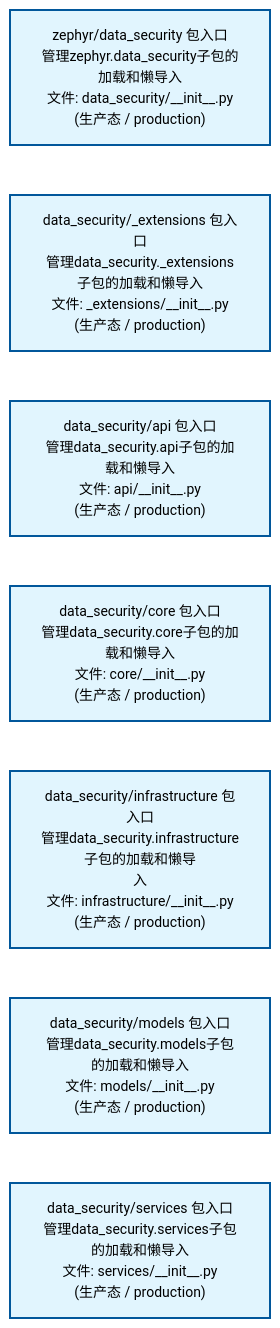
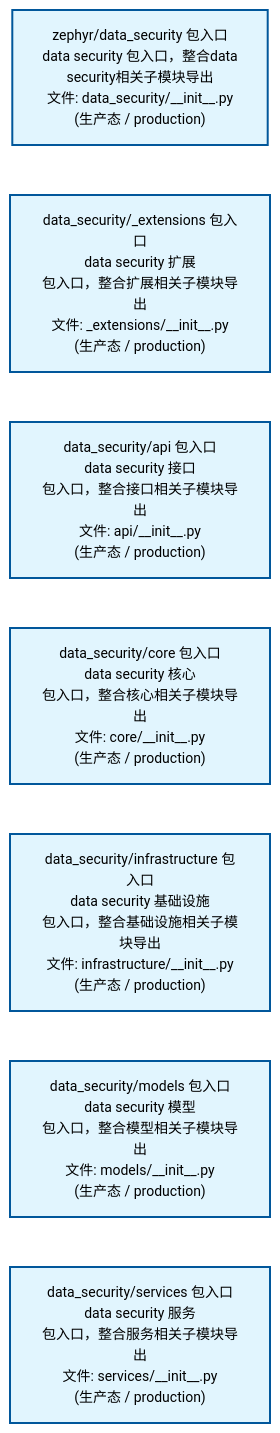
One commit to xuanFelixVan/ZephyrAlpha changed the first of 2 diagrams in docs/02_enterprise_architecture/02_domain_architecture_docs/14_d_data_sec.md. Above: the diagram before and after it, drawn with Mermaid. The commit also changed other lines of this file and 50 other files, not shown here.

````diff
--- a/docs/02_enterprise_architecture/02_domain_architecture_docs/14_d_data_sec.md
+++ b/docs/02_enterprise_architecture/02_domain_architecture_docs/14_d_data_sec.md
@@ -53,22 +53,22 @@
 ```mermaid
 %%{init: {'theme': 'base', 'themeVariables': {'primaryColor': '#eaeaea', 'primaryTextColor': '#333333', 'primaryBorderColor': '#666666', 'lineColor': '#666666', 'secondaryColor': '#eaeaea', 'tertiaryColor': '#eaeaea', 'fontSize': '14px'}}}%%
 flowchart TD
-    src_zephyr_data_security_init_py["zephyr/data_security 包入口<br/>管理zephyr.data_security子包的加载和懒导入<br/>文件: data_security/__init__.py<br/>(生产态 / production)"]
-    src_zephyr_data_security_extensions_init_py["data_security/_extensions 包入口<br/>管理data_security._extensions子包的加载和懒导入<br/>文件: _extensions/__init__.py<br/>(生产态 / production)"]
-    src_zephyr_data_security_api_init_py["data_security/api 包入口<br/>管理data_security.api子包的加载和懒导入<br/>文件: api/__init__.py<br/>(生产态 / production)"]
-    src_zephyr_data_security_core_init_py["data_security/core 包入口<br/>管理data_security.core子包的加载和懒导入<br/>文件: core/__init__.py<br/>(生产态 / production)"]
-    src_zephyr_data_security_infrastructure_init_py["data_security/infrastructure 包入口<br/>管理data_security.infrastructure子包的加载和懒导<br/>入<br/>文件: infrastructure/__init__.py<br/>(生产态 / production)"]
-    src_zephyr_data_security_models_init_py["data_security/models 包入口<br/>管理data_security.models子包的加载和懒导入<br/>文件: models/__init__.py<br/>(生产态 / production)"]
-    src_zephyr_data_security_services_init_py["data_security/services 包入口<br/>管理data_security.services子包的加载和懒导入<br/>文件: services/__init__.py<br/>(生产态 / production)"]
+    src_zephyr_data_security_init_py["zephyr/data_security 包入口<br/>data security 包入口，整合data<br/>security相关子模块导出<br/>文件: data_security/__init__.py<br/>(生产态 / production)"]
+    src_zephyr_data_security_extensions_init_py["data_security/_extensions 包入口<br/>data security 扩展<br/>包入口，整合扩展相关子模块导出<br/>文件: _extensions/__init__.py<br/>(生产态 / production)"]
+    src_zephyr_data_security_api_init_py["data_security/api 包入口<br/>data security 接口<br/>包入口，整合接口相关子模块导出<br/>文件: api/__init__.py<br/>(生产态 / production)"]
+    src_zephyr_data_security_core_init_py["data_security/core 包入口<br/>data security 核心<br/>包入口，整合核心相关子模块导出<br/>文件: core/__init__.py<br/>(生产态 / production)"]
+    src_zephyr_data_security_infrastructure_init_py["data_security/infrastructure 包入口<br/>data security 基础设施<br/>包入口，整合基础设施相关子模块导出<br/>文件: infrastructure/__init__.py<br/>(生产态 / production)"]
+    src_zephyr_data_security_models_init_py["data_security/models 包入口<br/>data security 模型<br/>包入口，整合模型相关子模块导出<br/>文件: models/__init__.py<br/>(生产态 / production)"]
+    src_zephyr_data_security_services_init_py["data_security/services 包入口<br/>data security 服务<br/>包入口，整合服务相关子模块导出<br/>文件: services/__init__.py<br/>(生产态 / production)"]
     src_zephyr_data_security_init_py ~~~ src_zephyr_data_security_extensions_init_py
     src_zephyr_data_security_extensions_init_py ~~~ src_zephyr_data_security_api_init_py
     src_zephyr_data_security_api_init_py ~~~ src_zephyr_data_security_core_init_py
     src_zephyr_data_security_core_init_py ~~~ src_zephyr_data_security_infrastructure_init_py
     src_zephyr_data_security_infrastructure_init_py ~~~ src_zephyr_data_security_models_init_py
     src_zephyr_data_security_models_init_py ~~~ src_zephyr_data_security_services_init_py
     classDef production fill:#e1f5fe,stroke:#01579b,stroke-width:2px,color:#000
     classDef design fill:#fff3e0,stroke:#e65100,stroke-width:2px,color:#000,stroke-dasharray: 5 5
     classDef external_prod fill:#e8f4fd,stroke:#0277bd,stroke-width:1px,color:#000
     classDef external_design fill:#fff8e7,stroke:#ef6c00,stroke-width:1px,color:#000,stroke-dasharray: 5 5
     class src_zephyr_data_security_init_py,src_zephyr_data_security_extensions_init_py,src_zephyr_data_security_api_init_py,src_zephyr_data_security_core_init_py,src_zephyr_data_security_infrastructure_init_py,src_zephyr_data_security_models_init_py,src_zephyr_data_security_services_init_py production
 ```
````
